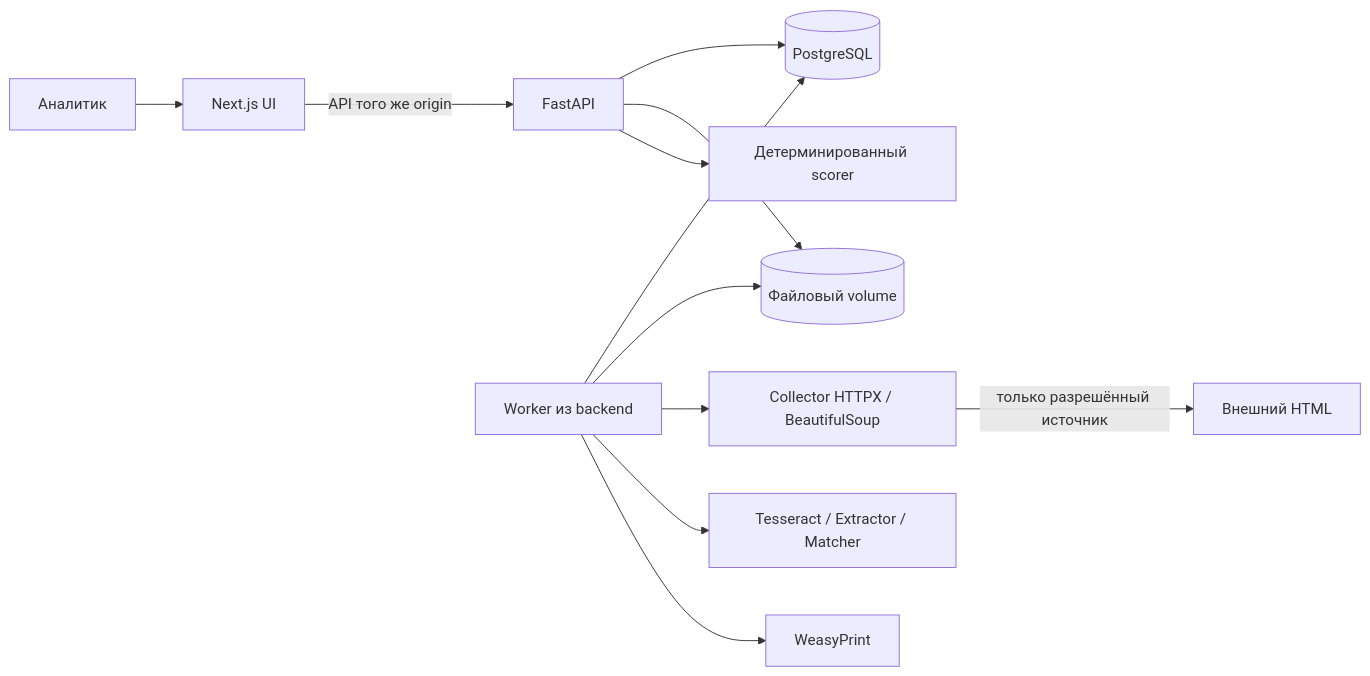
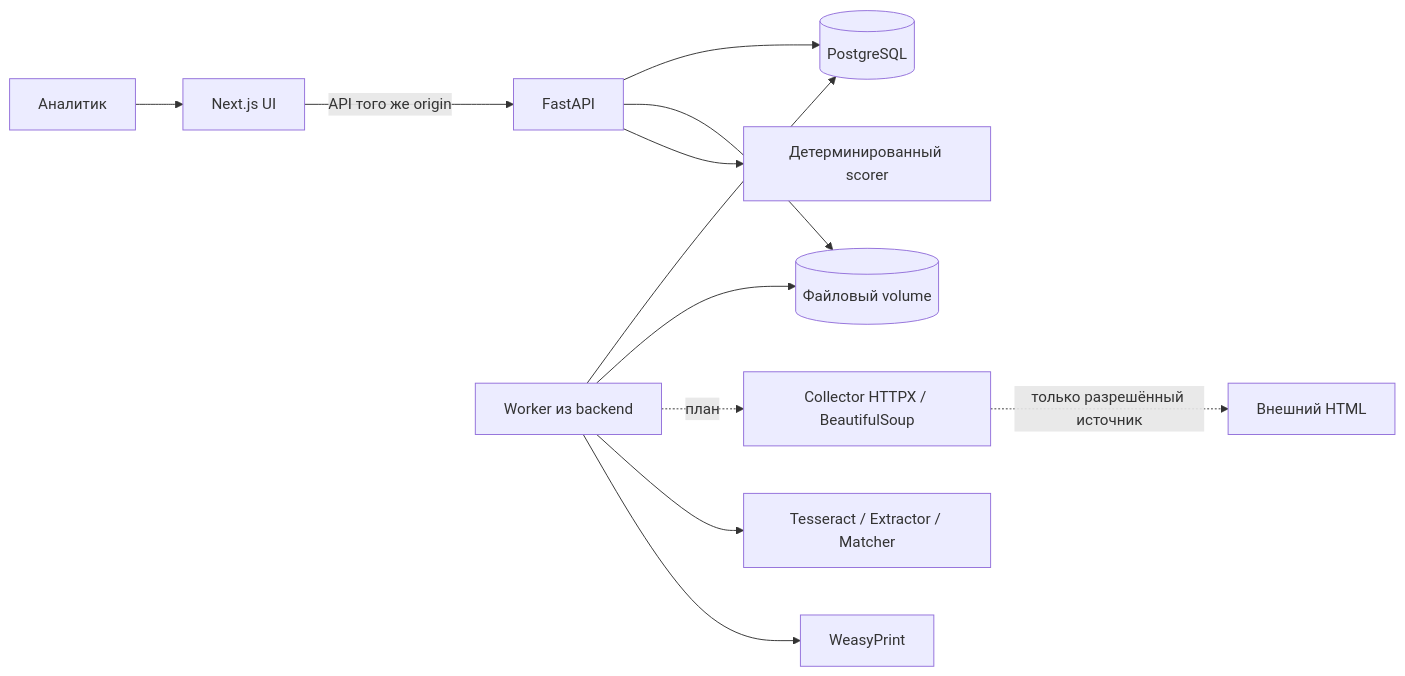
One commit to temirkhanerbolatovich-coder/saq-qurylys changed the diagram in docs/ARCHITECTURE.md. Above: the diagram before and after it, drawn with Mermaid. The commit also changed other lines of this file and 34 other files, not shown here.

````diff
--- a/docs/ARCHITECTURE.md
+++ b/docs/ARCHITECTURE.md
@@ -23,14 +23,14 @@
 ```mermaid
 flowchart LR
     A[Аналитик] --> F[Next.js UI]
     F -->|API того же origin| B[FastAPI]
     B --> D[(PostgreSQL)]
     B --> V[(Файловый volume)]
     W[Worker из backend] --> D
     W --> V
-    W --> C[Collector HTTPX / BeautifulSoup]
+    W -. план .-> C[Collector HTTPX / BeautifulSoup]
     W --> O[Tesseract / Extractor / Matcher]
     W --> P[WeasyPrint]
-    C -->|только разрешённый источник| X[Внешний HTML]
+    C -. только разрешённый источник .-> X[Внешний HTML]
     B --> R[Детерминированный scorer]
 ```
````
